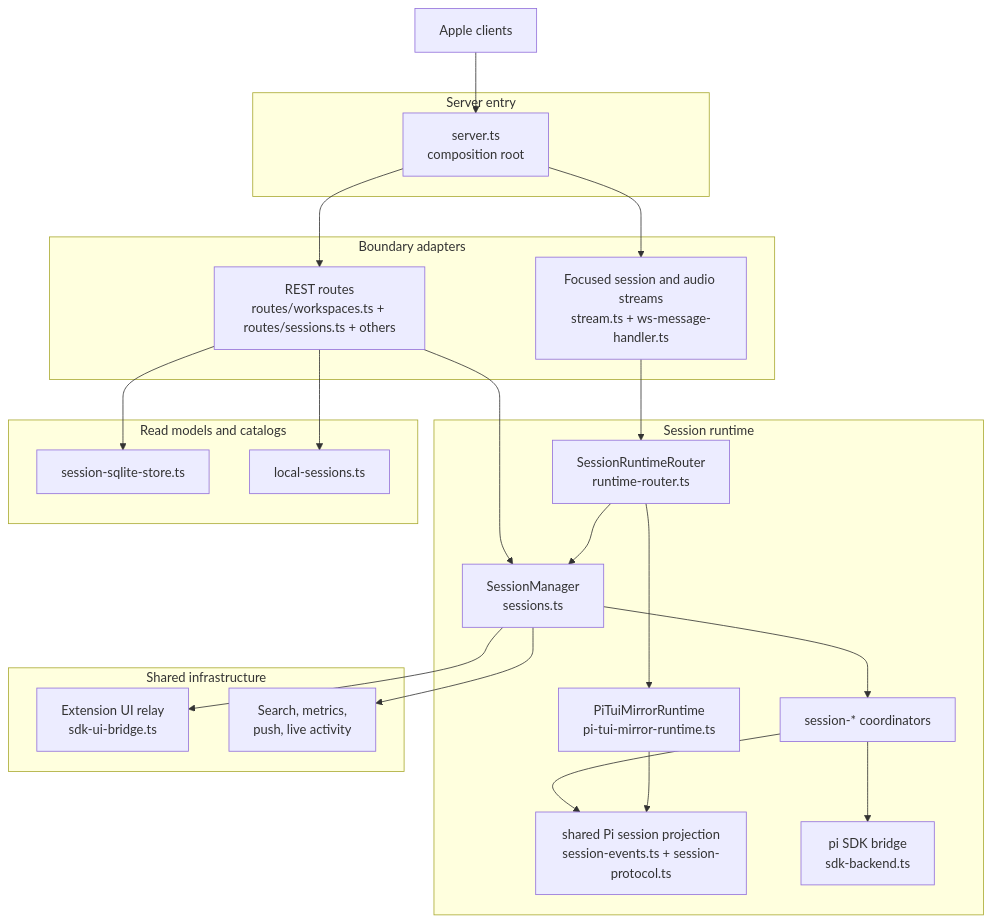
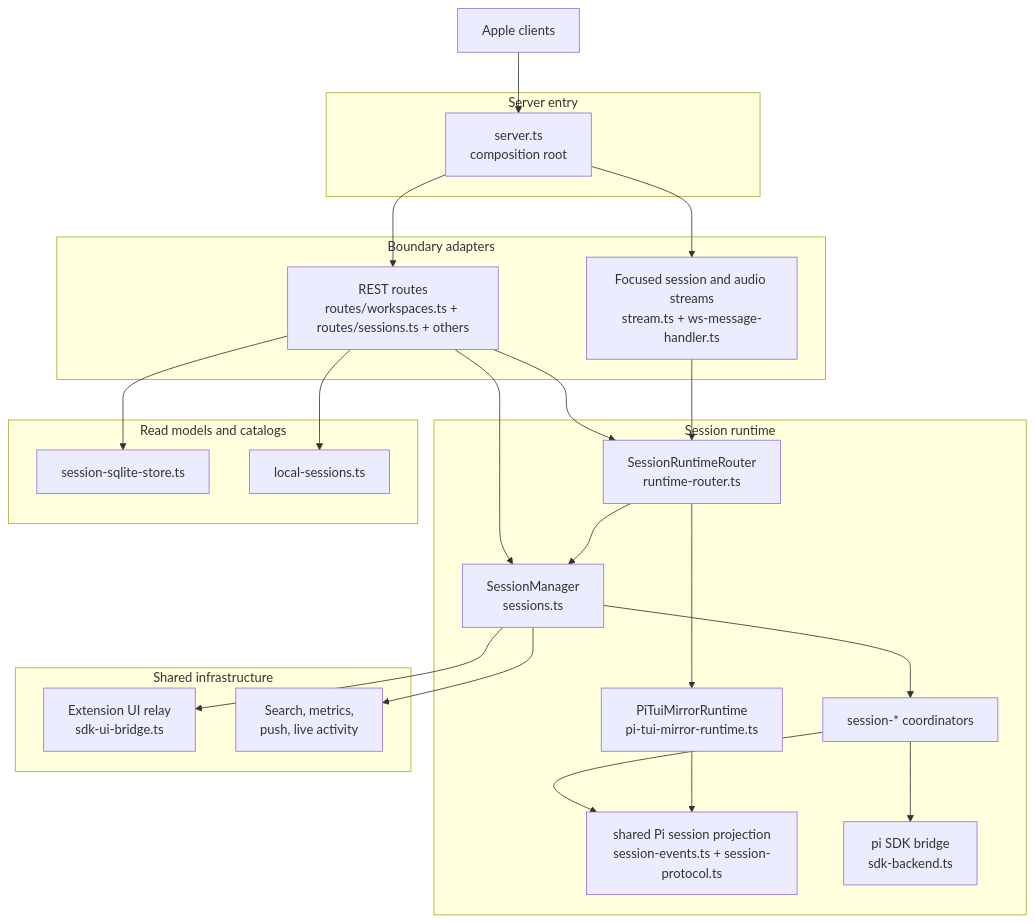
Before and after one commit to duh17/oppi: the seventh of 7 diagrams in docs/architecture.md, drawn with Mermaid. The commit also changed other lines of this file and 94 other files, not shown here.

````diff
--- a/docs/architecture.md
+++ b/docs/architecture.md
@@ -256,48 +257,49 @@
 ```mermaid
 graph TD
   Client[Apple clients]
 
   subgraph Entry[Server entry]
     Root[server.ts<br/>composition root]
   end
 
   subgraph Boundaries[Boundary adapters]
     REST[REST routes<br/>routes/workspaces.ts + routes/sessions.ts + others]
     Live[Focused session and audio streams<br/>stream.ts + ws-message-handler.ts]
   end
 
   subgraph Runtime[Session runtime]
     Router[SessionRuntimeRouter<br/>runtime-router.ts]
     Sessions[SessionManager<br/>sessions.ts]
     Mirror[PiTuiMirrorRuntime<br/>pi-tui-mirror-runtime.ts]
     Flow[session-* coordinators]
     Project[shared Pi session projection<br/>session-events.ts + session-protocol.ts]
     Pi[pi SDK bridge<br/>sdk-backend.ts]
   end
 
   subgraph ReadModel[Read models and catalogs]
     Sqlite[session-sqlite-store.ts]
     LocalCatalog[local-sessions.ts]
   end
 
   subgraph Infrastructure[Shared infrastructure]
     ExtensionRelay[Extension UI relay<br/>sdk-ui-bridge.ts]
     Ops[Search, metrics,<br/>push, live activity]
   end
 
   Client --> Root
   Root --> REST
   Root --> Live
+  REST --> Router
   REST --> Sessions
   REST --> Sqlite
   REST --> LocalCatalog
   Live --> Router
   Router --> Sessions
   Router --> Mirror
   Sessions --> Flow
   Flow --> Project
   Mirror --> Project
   Flow --> Pi
   Sessions --> ExtensionRelay
   Sessions --> Ops
 ```
````
